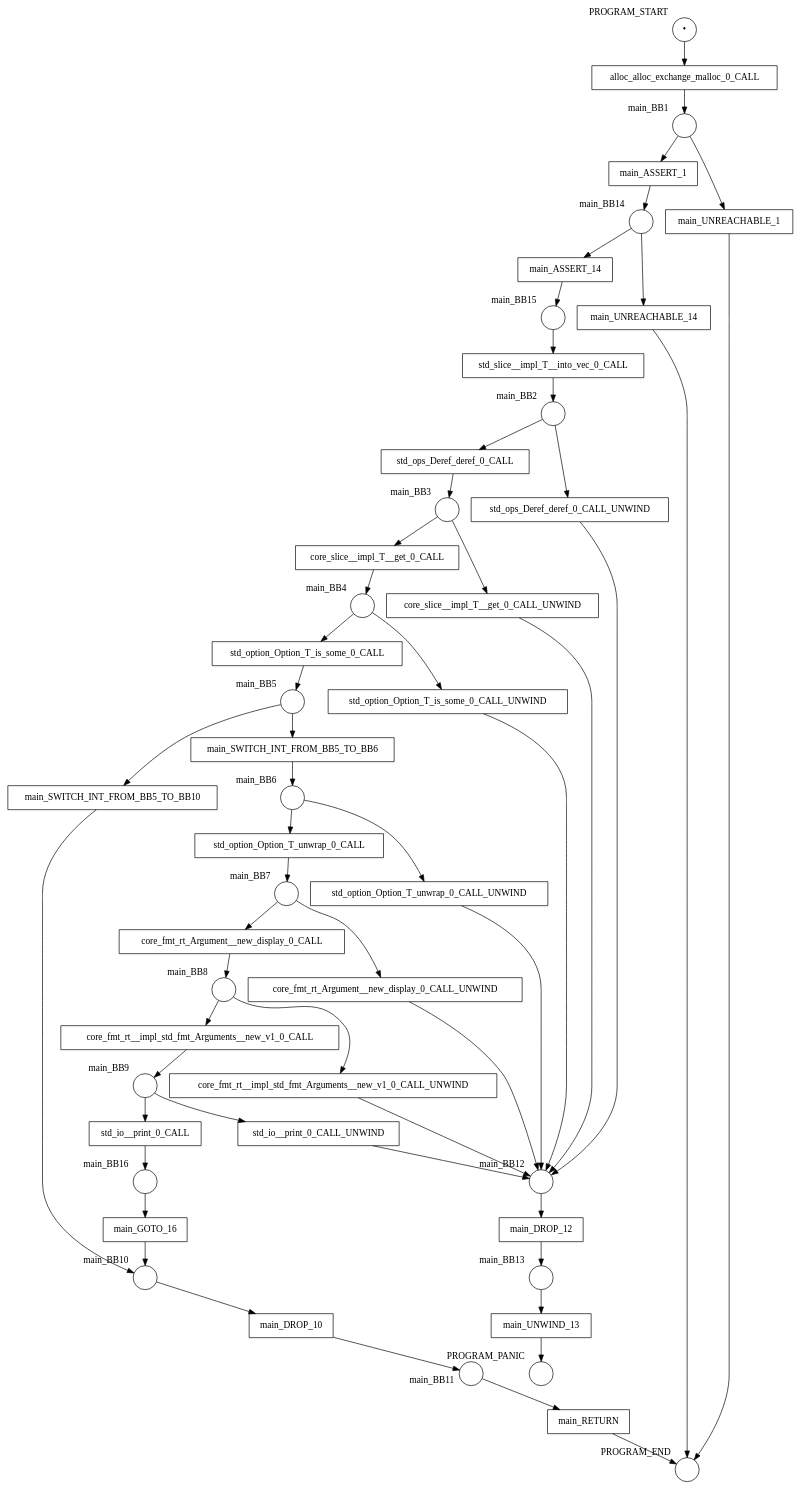
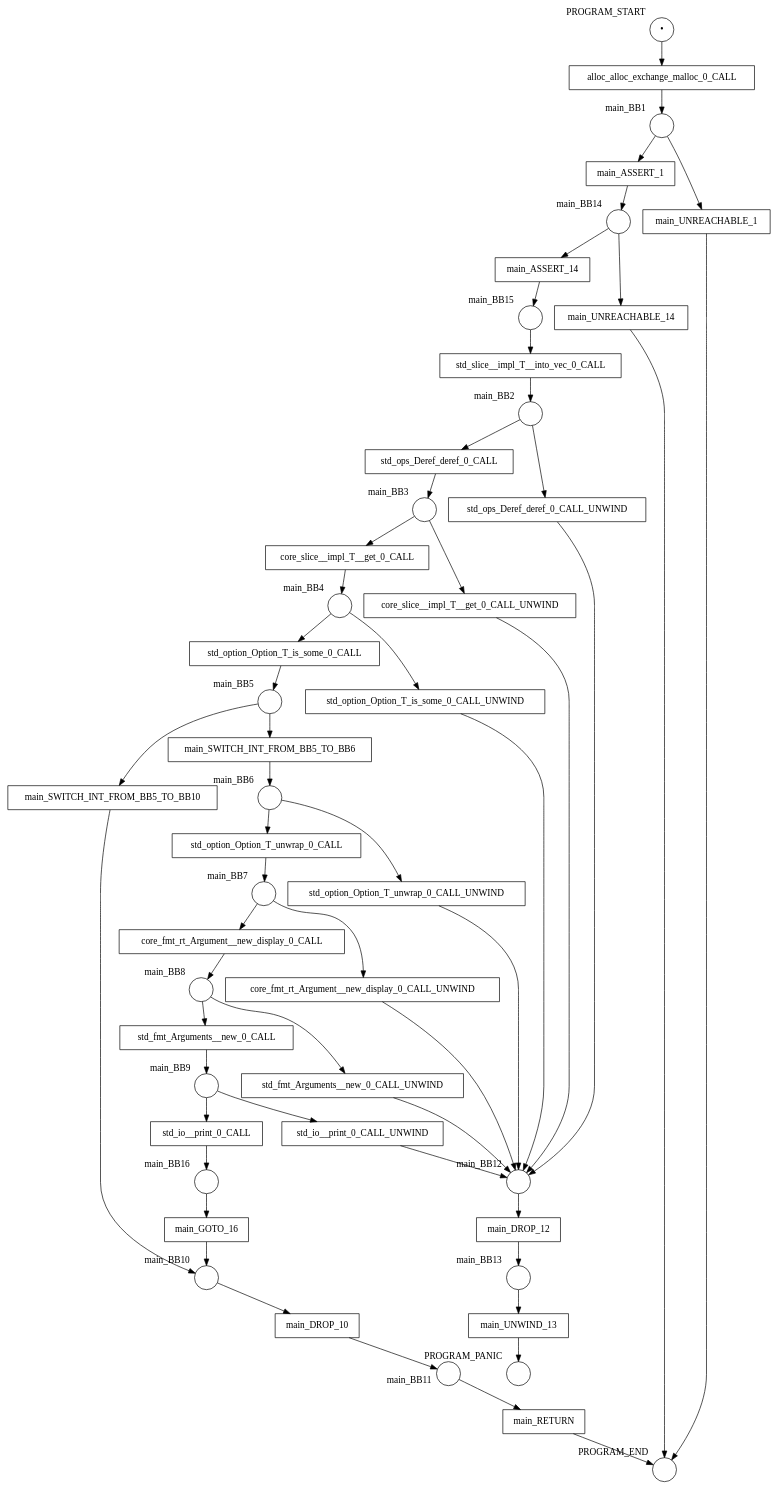
Before and after one commit to hlisdero/cargo-check-deadlock: the diagram in examples/results/statement/option/net.dot, drawn with Graphviz. The commit also changed 29 other files, not shown here.

```diff
--- a/examples/results/statement/option/net.dot
+++ b/examples/results/statement/option/net.dot
@@ -1,102 +1,102 @@
 digraph petrinet {
     PROGRAM_END [shape="circle" xlabel="PROGRAM_END" label=""];
     PROGRAM_PANIC [shape="circle" xlabel="PROGRAM_PANIC" label=""];
     PROGRAM_START [shape="circle" xlabel="PROGRAM_START" label="•"];
     main_BB1 [shape="circle" xlabel="main_BB1" label=""];
     main_BB10 [shape="circle" xlabel="main_BB10" label=""];
     main_BB11 [shape="circle" xlabel="main_BB11" label=""];
     main_BB12 [shape="circle" xlabel="main_BB12" label=""];
     main_BB13 [shape="circle" xlabel="main_BB13" label=""];
     main_BB14 [shape="circle" xlabel="main_BB14" label=""];
     main_BB15 [shape="circle" xlabel="main_BB15" label=""];
     main_BB16 [shape="circle" xlabel="main_BB16" label=""];
     main_BB2 [shape="circle" xlabel="main_BB2" label=""];
     main_BB3 [shape="circle" xlabel="main_BB3" label=""];
     main_BB4 [shape="circle" xlabel="main_BB4" label=""];
     main_BB5 [shape="circle" xlabel="main_BB5" label=""];
     main_BB6 [shape="circle" xlabel="main_BB6" label=""];
     main_BB7 [shape="circle" xlabel="main_BB7" label=""];
     main_BB8 [shape="circle" xlabel="main_BB8" label=""];
     main_BB9 [shape="circle" xlabel="main_BB9" label=""];
     alloc_alloc_exchange_malloc_0_CALL [shape="box" xlabel="" label="alloc_alloc_exchange_malloc_0_CALL"];
     core_fmt_rt_Argument__new_display_0_CALL [shape="box" xlabel="" label="core_fmt_rt_Argument__new_display_0_CALL"];
     core_fmt_rt_Argument__new_display_0_CALL_UNWIND [shape="box" xlabel="" label="core_fmt_rt_Argument__new_display_0_CALL_UNWIND"];
-    core_fmt_rt__impl_std_fmt_Arguments__new_v1_0_CALL [shape="box" xlabel="" label="core_fmt_rt__impl_std_fmt_Arguments__new_v1_0_CALL"];
-    core_fmt_rt__impl_std_fmt_Arguments__new_v1_0_CALL_UNWIND [shape="box" xlabel="" label="core_fmt_rt__impl_std_fmt_Arguments__new_v1_0_CALL_UNWIND"];
     core_slice__impl_T__get_0_CALL [shape="box" xlabel="" label="core_slice__impl_T__get_0_CALL"];
     core_slice__impl_T__get_0_CALL_UNWIND [shape="box" xlabel="" label="core_slice__impl_T__get_0_CALL_UNWIND"];
     main_ASSERT_1 [shape="box" xlabel="" label="main_ASSERT_1"];
     main_ASSERT_14 [shape="box" xlabel="" label="main_ASSERT_14"];
     main_DROP_10 [shape="box" xlabel="" label="main_DROP_10"];
     main_DROP_12 [shape="box" xlabel="" label="main_DROP_12"];
     main_GOTO_16 [shape="box" xlabel="" label="main_GOTO_16"];
     main_RETURN [shape="box" xlabel="" label="main_RETURN"];
     main_SWITCH_INT_FROM_BB5_TO_BB10 [shape="box" xlabel="" label="main_SWITCH_INT_FROM_BB5_TO_BB10"];
     main_SWITCH_INT_FROM_BB5_TO_BB6 [shape="box" xlabel="" label="main_SWITCH_INT_FROM_BB5_TO_BB6"];
     main_UNREACHABLE_1 [shape="box" xlabel="" label="main_UNREACHABLE_1"];
     main_UNREACHABLE_14 [shape="box" xlabel="" label="main_UNREACHABLE_14"];
     main_UNWIND_13 [shape="box" xlabel="" label="main_UNWIND_13"];
+    std_fmt_Arguments__new_0_CALL [shape="box" xlabel="" label="std_fmt_Arguments__new_0_CALL"];
+    std_fmt_Arguments__new_0_CALL_UNWIND [shape="box" xlabel="" label="std_fmt_Arguments__new_0_CALL_UNWIND"];
     std_io__print_0_CALL [shape="box" xlabel="" label="std_io__print_0_CALL"];
     std_io__print_0_CALL_UNWIND [shape="box" xlabel="" label="std_io__print_0_CALL_UNWIND"];
     std_ops_Deref_deref_0_CALL [shape="box" xlabel="" label="std_ops_Deref_deref_0_CALL"];
     std_ops_Deref_deref_0_CALL_UNWIND [shape="box" xlabel="" label="std_ops_Deref_deref_0_CALL_UNWIND"];
     std_option_Option_T_is_some_0_CALL [shape="box" xlabel="" label="std_option_Option_T_is_some_0_CALL"];
     std_option_Option_T_is_some_0_CALL_UNWIND [shape="box" xlabel="" label="std_option_Option_T_is_some_0_CALL_UNWIND"];
     std_option_Option_T_unwrap_0_CALL [shape="box" xlabel="" label="std_option_Option_T_unwrap_0_CALL"];
     std_option_Option_T_unwrap_0_CALL_UNWIND [shape="box" xlabel="" label="std_option_Option_T_unwrap_0_CALL_UNWIND"];
     std_slice__impl_T__into_vec_0_CALL [shape="box" xlabel="" label="std_slice__impl_T__into_vec_0_CALL"];
     PROGRAM_START -> alloc_alloc_exchange_malloc_0_CALL;
     main_BB1 -> main_ASSERT_1;
     main_BB1 -> main_UNREACHABLE_1;
     main_BB10 -> main_DROP_10;
     main_BB11 -> main_RETURN;
     main_BB12 -> main_DROP_12;
     main_BB13 -> main_UNWIND_13;
     main_BB14 -> main_ASSERT_14;
     main_BB14 -> main_UNREACHABLE_14;
     main_BB15 -> std_slice__impl_T__into_vec_0_CALL;
     main_BB16 -> main_GOTO_16;
     main_BB2 -> std_ops_Deref_deref_0_CALL;
     main_BB2 -> std_ops_Deref_deref_0_CALL_UNWIND;
     main_BB3 -> core_slice__impl_T__get_0_CALL;
     main_BB3 -> core_slice__impl_T__get_0_CALL_UNWIND;
     main_BB4 -> std_option_Option_T_is_some_0_CALL;
     main_BB4 -> std_option_Option_T_is_some_0_CALL_UNWIND;
     main_BB5 -> main_SWITCH_INT_FROM_BB5_TO_BB10;
     main_BB5 -> main_SWITCH_INT_FROM_BB5_TO_BB6;
     main_BB6 -> std_option_Option_T_unwrap_0_CALL;
     main_BB6 -> std_option_Option_T_unwrap_0_CALL_UNWIND;
     main_BB7 -> core_fmt_rt_Argument__new_display_0_CALL;
     main_BB7 -> core_fmt_rt_Argument__new_display_0_CALL_UNWIND;
-    main_BB8 -> core_fmt_rt__impl_std_fmt_Arguments__new_v1_0_CALL;
-    main_BB8 -> core_fmt_rt__impl_std_fmt_Arguments__new_v1_0_CALL_UNWIND;
+    main_BB8 -> std_fmt_Arguments__new_0_CALL;
+    main_BB8 -> std_fmt_Arguments__new_0_CALL_UNWIND;
     main_BB9 -> std_io__print_0_CALL;
     main_BB9 -> std_io__print_0_CALL_UNWIND;
     alloc_alloc_exchange_malloc_0_CALL -> main_BB1;
     core_fmt_rt_Argument__new_display_0_CALL -> main_BB8;
     core_fmt_rt_Argument__new_display_0_CALL_UNWIND -> main_BB12;
-    core_fmt_rt__impl_std_fmt_Arguments__new_v1_0_CALL -> main_BB9;
-    core_fmt_rt__impl_std_fmt_Arguments__new_v1_0_CALL_UNWIND -> main_BB12;
     core_slice__impl_T__get_0_CALL -> main_BB4;
     core_slice__impl_T__get_0_CALL_UNWIND -> main_BB12;
     main_ASSERT_1 -> main_BB14;
     main_ASSERT_14 -> main_BB15;
     main_DROP_10 -> main_BB11;
     main_DROP_12 -> main_BB13;
     main_GOTO_16 -> main_BB10;
     main_RETURN -> PROGRAM_END;
     main_SWITCH_INT_FROM_BB5_TO_BB10 -> main_BB10;
     main_SWITCH_INT_FROM_BB5_TO_BB6 -> main_BB6;
     main_UNREACHABLE_1 -> PROGRAM_END;
     main_UNREACHABLE_14 -> PROGRAM_END;
     main_UNWIND_13 -> PROGRAM_PANIC;
+    std_fmt_Arguments__new_0_CALL -> main_BB9;
+    std_fmt_Arguments__new_0_CALL_UNWIND -> main_BB12;
     std_io__print_0_CALL -> main_BB16;
     std_io__print_0_CALL_UNWIND -> main_BB12;
     std_ops_Deref_deref_0_CALL -> main_BB3;
     std_ops_Deref_deref_0_CALL_UNWIND -> main_BB12;
     std_option_Option_T_is_some_0_CALL -> main_BB5;
     std_option_Option_T_is_some_0_CALL_UNWIND -> main_BB12;
     std_option_Option_T_unwrap_0_CALL -> main_BB7;
     std_option_Option_T_unwrap_0_CALL_UNWIND -> main_BB12;
     std_slice__impl_T__into_vec_0_CALL -> main_BB2;
 }
```
